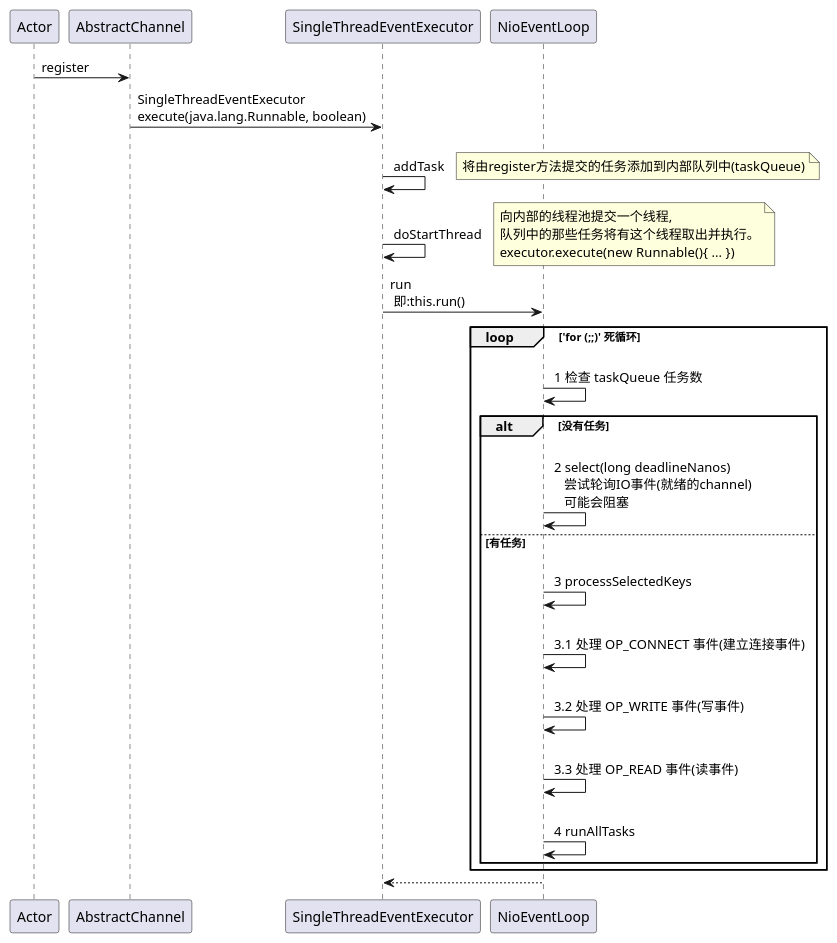
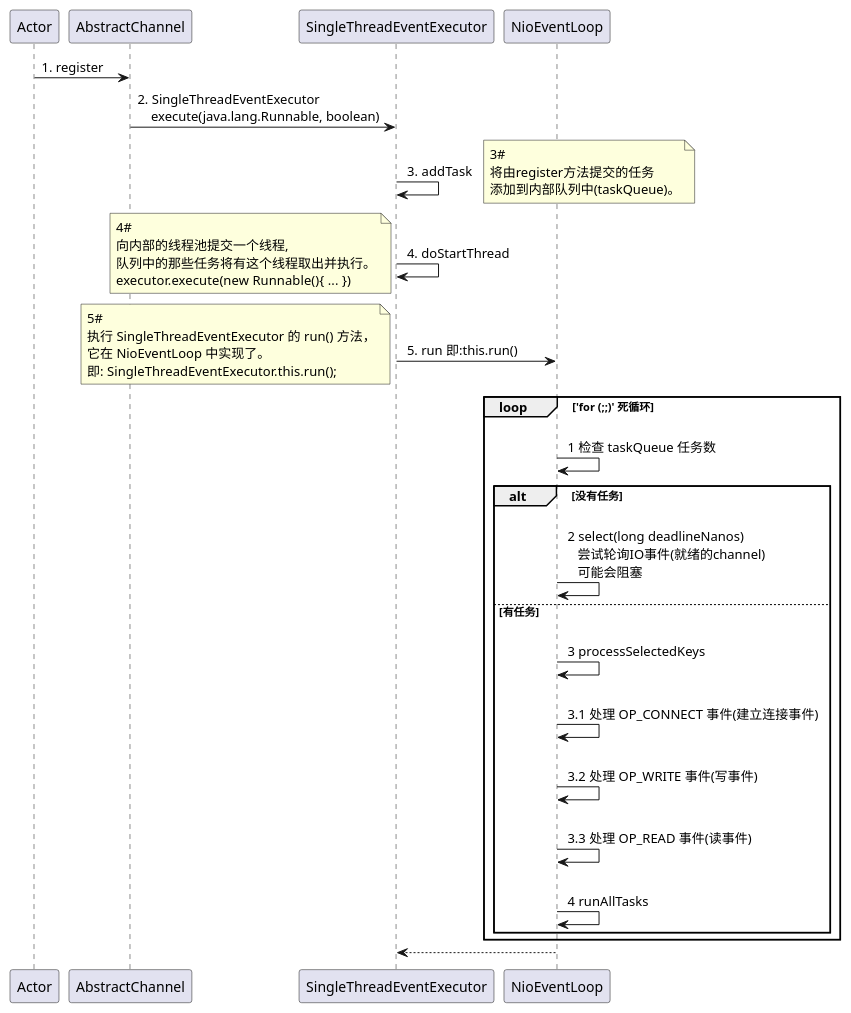
The diagram in puml/NioEventLoop#run.puml (Simba-cheng/netty), drawn with PlantUML before and after one commit.

Commit message:
refactor(code): 源码添加注释、流程图、类图

```diff
--- a/puml/NioEventLoop#run.puml
+++ b/puml/NioEventLoop#run.puml
@@ -1,42 +1,48 @@
 @startuml participant
 
-Actor -> AbstractChannel: register
+Actor -> AbstractChannel: 1. register
 
-AbstractChannel -> SingleThreadEventExecutor: SingleThreadEventExecutor \nexecute(java.lang.Runnable, boolean)
+AbstractChannel -> SingleThreadEventExecutor: 2. SingleThreadEventExecutor \n    execute(java.lang.Runnable, boolean)
 
-SingleThreadEventExecutor -> SingleThreadEventExecutor: \n addTask
+SingleThreadEventExecutor -> SingleThreadEventExecutor: \n 3. addTask
 note right
-将由register方法提交的任务添加到内部队列中(taskQueue)
+3#
+将由register方法提交的任务
+添加到内部队列中(taskQueue)。
 end note
 
-SingleThreadEventExecutor -> SingleThreadEventExecutor: \n doStartThread
-note right
+SingleThreadEventExecutor -> SingleThreadEventExecutor: \n 4. doStartThread
+note left
+4#
 向内部的线程池提交一个线程,
 队列中的那些任务将有这个线程取出并执行。
 executor.execute(new Runnable(){ ... })
 end note
 
-
-
-
-SingleThreadEventExecutor -> NioEventLoop: run \n 即:this.run()
+SingleThreadEventExecutor -> NioEventLoop: \n 5. run 即:this.run()
+note left
+5#
+执行 SingleThreadEventExecutor 的 run() 方法，
+它在 NioEventLoop 中实现了。
+即: SingleThreadEventExecutor.this.run();
+end note
 
 ' ----- 分割线 -----
 loop 'for (;;)' 死循环
     NioEventLoop -> NioEventLoop: \n 1 检查 taskQueue 任务数
 
     alt 没有任务
         NioEventLoop -> NioEventLoop: \n 2 select(long deadlineNanos) \n    尝试轮询IO事件(就绪的channel) \n    可能会阻塞
     else 有任务
         NioEventLoop -> NioEventLoop: \n 3 processSelectedKeys
         NioEventLoop -> NioEventLoop: \n 3.1 处理 OP_CONNECT 事件(建立连接事件)
         NioEventLoop -> NioEventLoop: \n 3.2 处理 OP_WRITE 事件(写事件)
         NioEventLoop -> NioEventLoop: \n 3.3 处理 OP_READ 事件(读事件)
 
         NioEventLoop -> NioEventLoop: \n 4 runAllTasks
     end
 end
 ' ----- 分割线 -----
 
 SingleThreadEventExecutor <-- NioEventLoop
 @enduml
```
